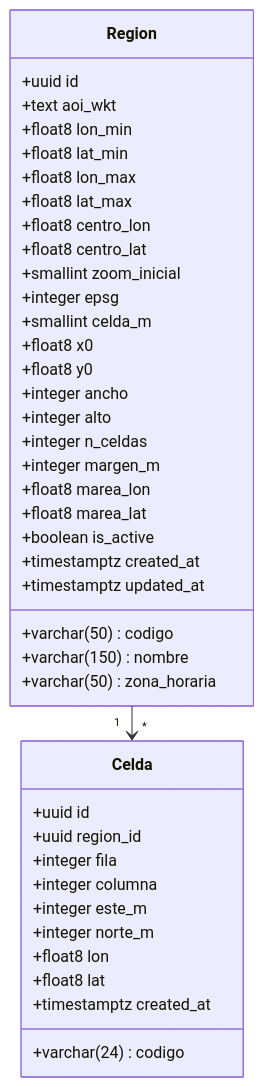
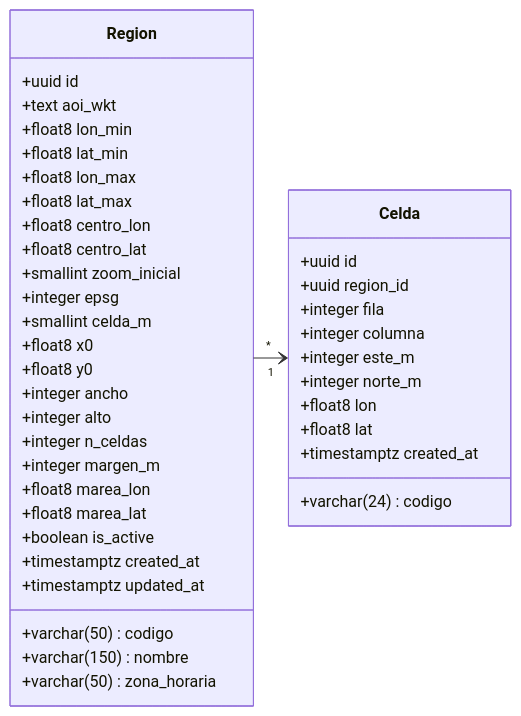
One commit to Al-Infinito-y-Masaya/api changed the diagram in docs/dominio/modulos/regiones.md. Above: the diagram before and after it, drawn with Mermaid. The commit also changed 4 other files, not shown here.

````diff
--- a/docs/dominio/modulos/regiones.md
+++ b/docs/dominio/modulos/regiones.md
@@ -23,50 +23,51 @@
 ```mermaid
 ---
 config:
   elk:
     nodePlacementStrategy: NETWORK_SIMPLEX
   fontFamily: monospace
   layout: elk
 ---
 classDiagram
+    direction LR
     class Region {
         +uuid id
         +varchar(50) codigo
         +varchar(150) nombre
         +text aoi_wkt
         +float8 lon_min
         +float8 lat_min
         +float8 lon_max
         +float8 lat_max
         +float8 centro_lon
         +float8 centro_lat
         +smallint zoom_inicial
         +varchar(50) zona_horaria
         +integer epsg
         +smallint celda_m
         +float8 x0
         +float8 y0
         +integer ancho
         +integer alto
         +integer n_celdas
         +integer margen_m
         +float8 marea_lon
         +float8 marea_lat
         +boolean is_active
         +timestamptz created_at
         +timestamptz updated_at
     }
     class Celda {
         +uuid id
         +uuid region_id
         +integer fila
         +integer columna
         +integer este_m
         +integer norte_m
         +varchar(24) codigo
         +float8 lon
         +float8 lat
         +timestamptz created_at
     }
     Region "1" --> "*" Celda
 ```
````
